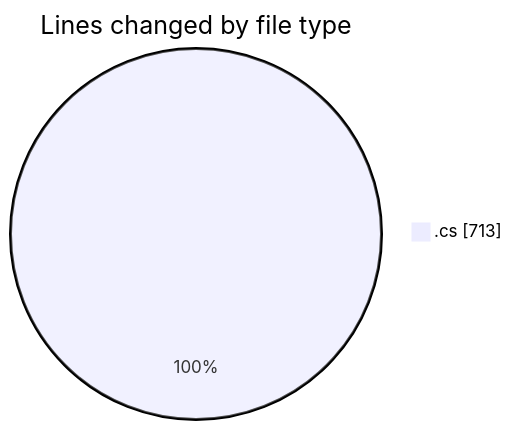
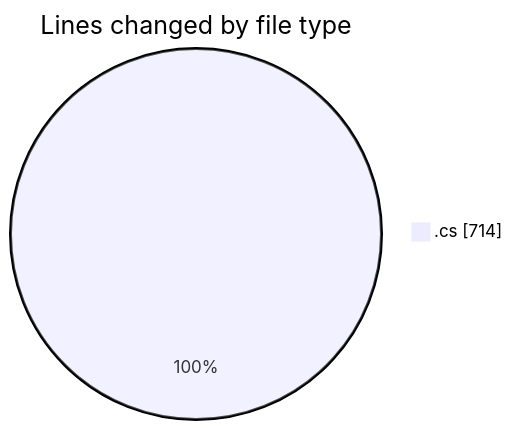
One commit to Netris89/code-tracking changed the first of 2 diagrams in 2025-03-21/back-end/README.md. Above: the diagram before and after it, drawn with Mermaid. The commit also changed other lines of this file and 1 other file, not shown here.

````diff
--- a/2025-03-21/back-end/README.md
+++ b/2025-03-21/back-end/README.md
@@ -23,5 +23,5 @@
 ```mermaid
 pie showData
 title Lines changed by file type
-".cs" : 713
+".cs" : 714
 ```
````
